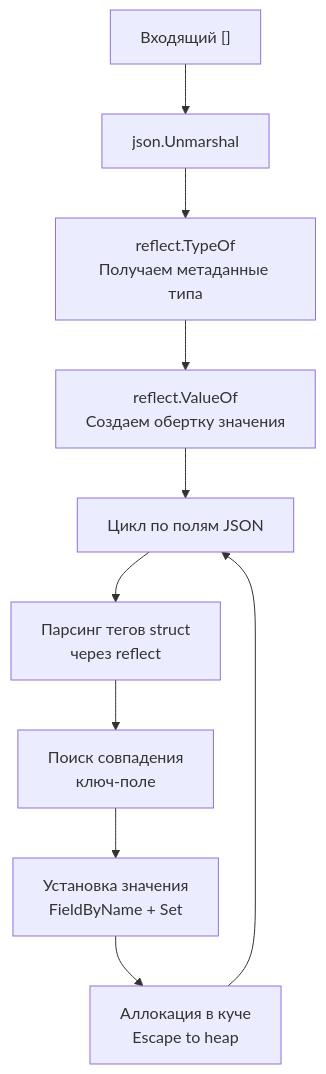
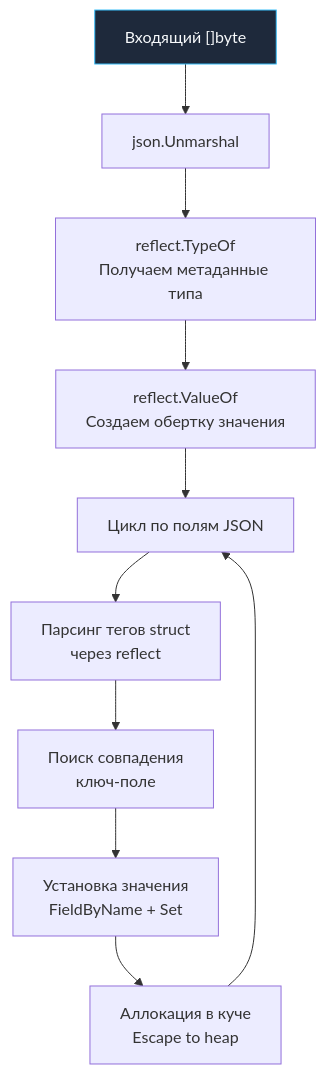
The diagram in sources/5. Учебник по Go (Основы и синтаксис)/30. Работа с JSON.md (UnrealTemplier/go-textbook-ru), drawn with Mermaid before and after one commit. The commit also changed 2 other files, not shown here.

Commit message:
fix(mermaid): declare missing node classes in two diagrams
- 5/30 «Работа с JSON»: 'A["Входящий []"]:::processbyte' — след той же
  миграции e3194339: 'byte' ушёл в имя класса. Теперь
  'A["Входящий []byte"]:::process'.
- 13/06/5 «Retry и compensation logic», третья схема: 'class W,Bank proc'
  без 'classDef proc' в блоке (узлы не окрашивались). Добавлен тот же
  classDef proc, что в первой схеме статьи; строки ниже 260 сдвинулись
  на +1 (отчёты фактчека модуля 13 ссылаются на строки 150–205).

````diff
--- a/sources/5. Учебник по Go (Основы и синтаксис)/30. Работа с JSON.md
+++ b/sources/5. Учебник по Go (Основы и синтаксис)/30. Работа с JSON.md
@@ -180,22 +180,22 @@
 ```mermaid
 flowchart TD
     classDef process  fill:#1e293b,stroke:#38bdf8,stroke-width:1px,color:#f8fafc
     classDef success  fill:#064e3b,stroke:#34d399,stroke-width:1px,color:#f8fafc
     classDef error    fill:#7f1d1d,stroke:#f87171,stroke-width:1px,color:#f8fafc
     classDef warning  fill:#78350f,stroke:#fbbf24,stroke-width:1px,color:#f8fafc
     classDef entry    fill:#1e3a5f,stroke:#38bdf8,stroke-width:2px,color:#f8fafc
     classDef aux      fill:#334155,stroke:#64748b,stroke-width:1px,color:#f8fafc
     classDef system   fill:#312e81,stroke:#a78bfa,stroke-width:1px,color:#f8fafc
     classDef data     fill:#132d29,stroke:#2dd4bf,stroke-width:1px,color:#f8fafc
     classDef network  fill:#881337,stroke:#fb7185,stroke-width:1px,color:#f8fafc
     classDef accent   fill:#1e1b4b,stroke:#818cf8,stroke-width:1px,color:#f8fafc
-    A["Входящий []"]:::processbyte --> B["json.Unmarshal"]
+    A["Входящий []byte"]:::process --> B["json.Unmarshal"]
     B --> C["reflect.TypeOf<br/>Получаем метаданные типа"]
     C --> D["reflect.ValueOf<br/>Создаем обертку значения"]
     D --> E["Цикл по полям JSON"]
     E --> F["Парсинг тегов struct<br/>через reflect"]
     F --> G["Поиск совпадения<br/>ключ-поле"]
     G --> H["Установка значения<br/>FieldByName + Set"]
     H --> I["Аллокация в куче<br/>Escape to heap"]
     I --> E
 ```
````
